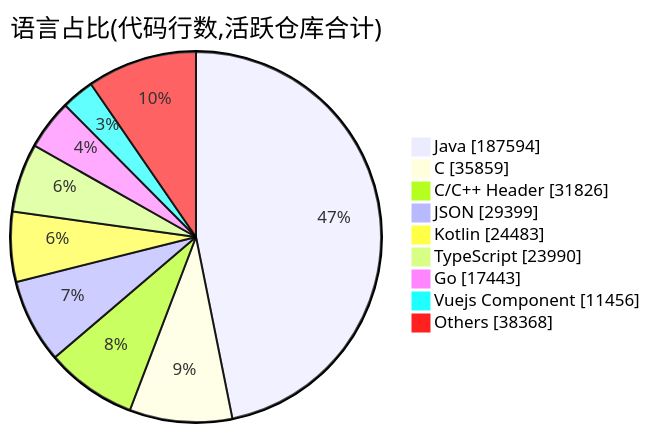
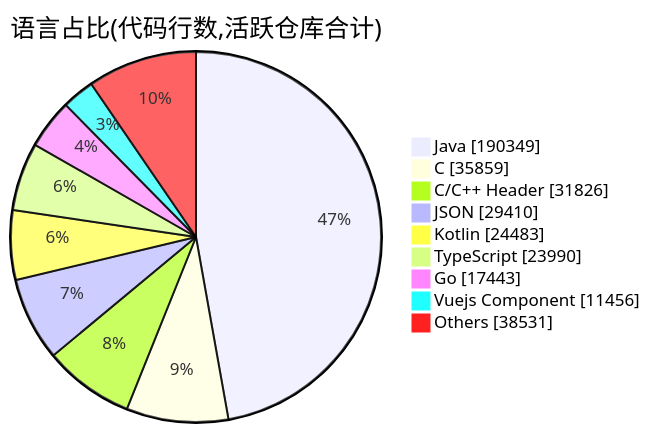
One commit to Conflux-Union/.github changed the second of 2 diagrams in profile/README.md. Above: the diagram before and after it, drawn with Mermaid. The commit also changed other lines of this file and 1 other file, not shown here.

````diff
--- a/profile/README.md
+++ b/profile/README.md
@@ -83,13 +83,13 @@
 ```mermaid
 pie showData
     title 语言占比(代码行数,活跃仓库合计)
-    "Java" : 187594
+    "Java" : 190349
     "C" : 35859
     "C/C++ Header" : 31826
-    "JSON" : 29399
+    "JSON" : 29410
     "Kotlin" : 24483
     "TypeScript" : 23990
     "Go" : 17443
     "Vuejs Component" : 11456
-    "Others" : 38368
+    "Others" : 38531
 ```
````
